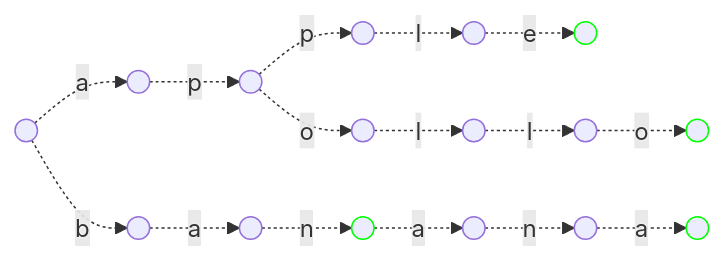
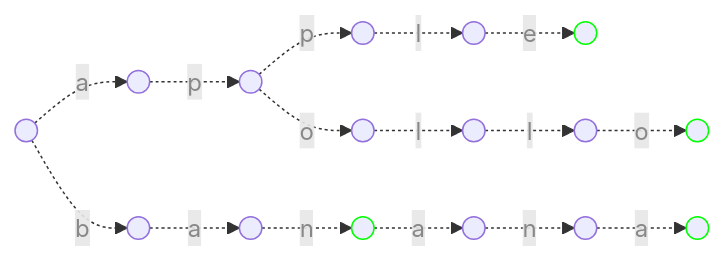
Before and after one commit to CHOYUNSIG/algorithm_with_boj: the first of 4 diagrams in _posts/2024-01-03-trie.md, drawn with Mermaid. The commit also changed other lines of this file and 3 other files, not shown here.

````diff
--- a/_posts/2024-01-03-trie.md
+++ b/_posts/2024-01-03-trie.md
@@ -35,38 +35,38 @@
-```mermaid!
-graph LR
+<pre class="mermaid">
+    graph LR
 
-1 -. <p style="text-shadow: 0px 0px 2px white">a</p> .-> 2
-1 -. <p style="text-shadow: 0px 0px 2px white">b</p> .-> 3
-2 -. <p style="text-shadow: 0px 0px 2px white">p</p> .-> 4
-4 -. <p style="text-shadow: 0px 0px 2px white">p</p> .-> 5
-5 -. <p style="text-shadow: 0px 0px 2px white">l</p> .-> 6
-6 -. <p style="text-shadow: 0px 0px 2px white">e</p> .-> 7
-4 -. <p style="text-shadow: 0px 0px 2px white">o</p> .-> 8
-8 -. <p style="text-shadow: 0px 0px 2px white">l</p> .-> 9
-9 -. <p style="text-shadow: 0px 0px 2px white">l</p> .-> 10
-10 -. <p style="text-shadow: 0px 0px 2px white">o</p> .-> 11
-3 -. <p style="text-shadow: 0px 0px 2px white">a</p> .-> 12
-12 -. <p style="text-shadow: 0px 0px 2px white">n</p> .-> 13
-13 -. <p style="text-shadow: 0px 0px 2px white">a</p> .-> 14
-14 -. <p style="text-shadow: 0px 0px 2px white">n</p> .-> 15
-15 -. <p style="text-shadow: 0px 0px 2px white">a</p> .-> 16
+    1 -. <p style="color: #888">a</p> .-> 2
+    1 -. <p style="color: #888">b</p> .-> 3
+    2 -. <p style="color: #888">p</p> .-> 4
+    4 -. <p style="color: #888">p</p> .-> 5
+    5 -. <p style="color: #888">l</p> .-> 6
+    6 -. <p style="color: #888">e</p> .-> 7
+    4 -. <p style="color: #888">o</p> .-> 8
+    8 -. <p style="color: #888">l</p> .-> 9
+    9 -. <p style="color: #888">l</p> .-> 10
+    10 -. <p style="color: #888">o</p> .-> 11
+    3 -. <p style="color: #888">a</p> .-> 12
+    12 -. <p style="color: #888">n</p> .-> 13
+    13 -. <p style="color: #888">a</p> .-> 14
+    14 -. <p style="color: #888">n</p> .-> 15
+    15 -. <p style="color: #888">a</p> .-> 16
 
-1(( ))
-2(( ))
-3(( ))
-4(( ))
-5(( ))
-6(( ))
-7(( )):::end_flag
-8(( ))
-9(( ))
-10(( ))
-11(( )):::end_flag
-12(( ))
-13(( )):::end_flag
-14(( ))
-15(( ))
-16(( )):::end_flag
+    1(( ))
+    2(( ))
+    3(( ))
+    4(( ))
+    5(( ))
+    6(( ))
+    7(( )):::end_flag
+    8(( ))
+    9(( ))
+    10(( ))
+    11(( )):::end_flag
+    12(( ))
+    13(( )):::end_flag
+    14(( ))
+    15(( ))
+    16(( )):::end_flag
 
-classDef end_flag stroke:#0f0
-```
+    classDef end_flag stroke:#0f0
+</pre>
````
